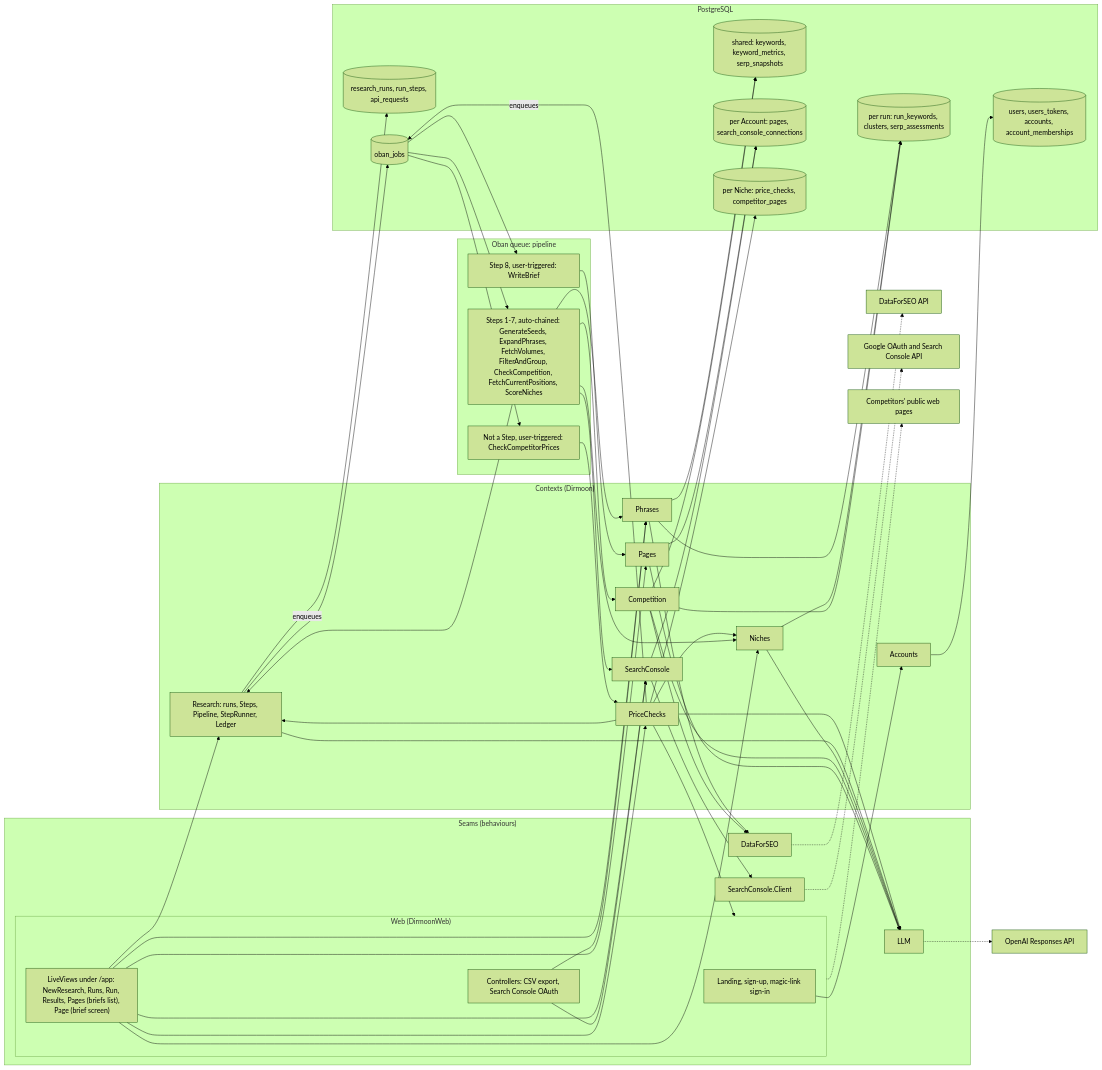
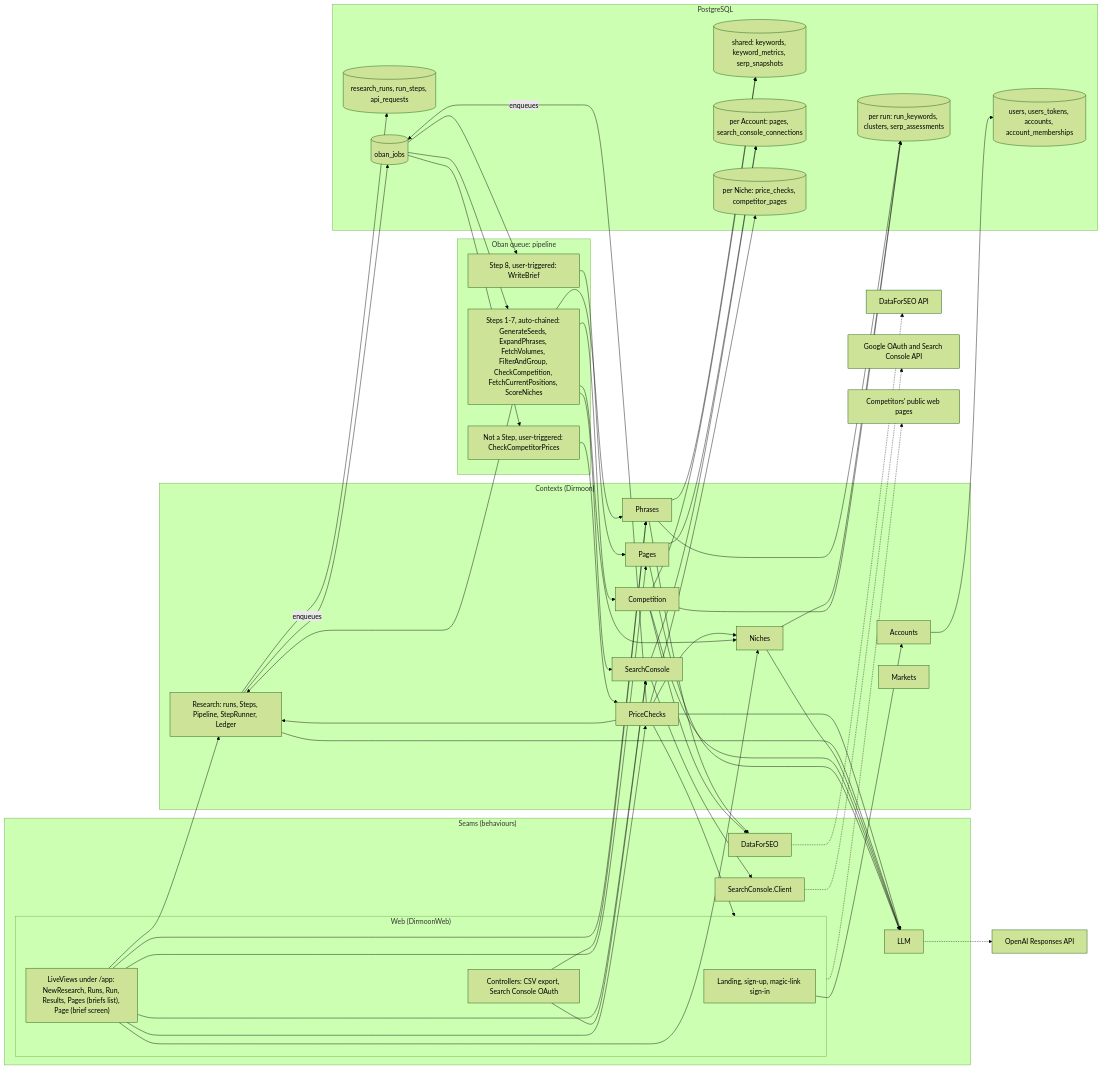
The diagram in ARCHITECTURE.md (elpikel/dirmoon), drawn with Mermaid (forest theme) before and after one commit. The commit also changed other lines of this file and 86 other files, not shown here.

```diff
--- a/ARCHITECTURE.md
+++ b/ARCHITECTURE.md
@@ -29,6 +29,7 @@
     SearchConsole
     Pages
     PriceChecks
+    Markets
   end
 
   subgraph Seams["Seams (behaviours)"]
```
